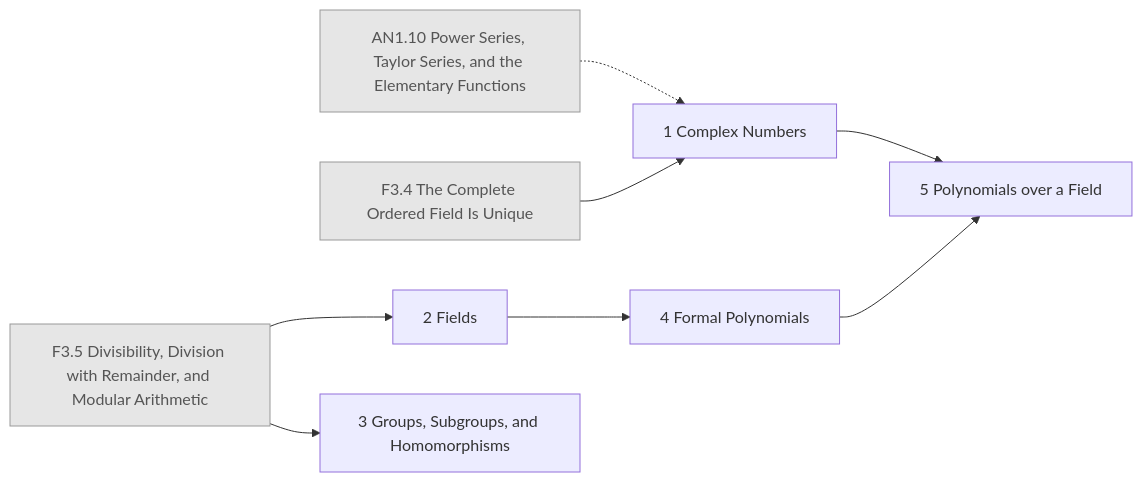
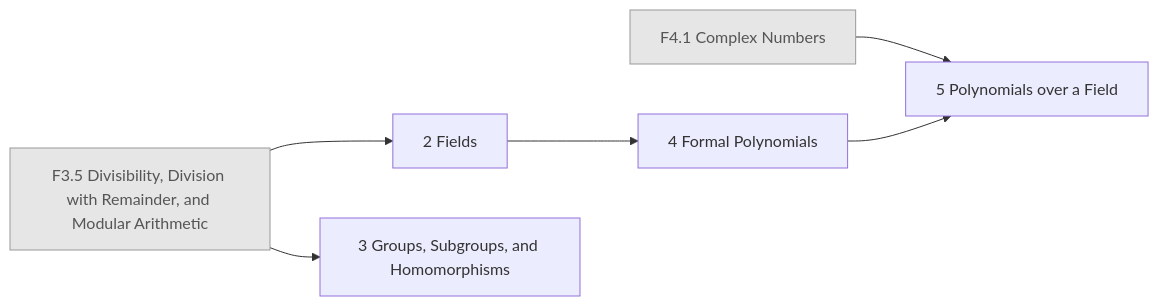
One commit to AkizumiFox/math-atlas changed the sixth of 30 diagrams in generated/README.md. Above: the diagram before and after it, drawn with Mermaid. The commit also changed other lines of this file and 41 other files, not shown here.

````diff
--- a/generated/README.md
+++ b/generated/README.md
@@ -144,21 +175,17 @@
 ```mermaid
 flowchart LR
-  AN1_10["AN1.10 Power Series, Taylor Series, and the Elementary Functions"]:::ext
   F3_5["F3.5 Divisibility, Division with Remainder, and Modular Arithmetic"]:::ext
-  F3_4["F3.4 The Complete Ordered Field Is Unique"]:::ext
-  F4_1["1 Complex Numbers"]
-  F4_2["2 Fields"]
-  F4_3["3 Groups, Subgroups, and Homomorphisms"]
-  F4_4["4 Formal Polynomials"]
-  F4_5["5 Polynomials over a Field"]
-  AN1_10 -.-> F4_1
-  F3_4 --> F4_1
-  F3_5 --> F4_2
-  F3_5 --> F4_3
-  F4_2 --> F4_4
-  F4_1 --> F4_5
-  F4_4 --> F4_5
+  F4_1["F4.1 Complex Numbers"]:::ext
+  F5_2["2 Fields"]
+  F5_3["3 Groups, Subgroups, and Homomorphisms"]
+  F5_4["4 Formal Polynomials"]
+  F5_5["5 Polynomials over a Field"]
+  F3_5 --> F5_2
+  F3_5 --> F5_3
+  F5_2 --> F5_4
+  F4_1 --> F5_5
+  F5_4 --> F5_5
   classDef ext fill:#e6e6e6,stroke:#999,color:#555
   classDef opt fill:#fff,stroke:#999,stroke-dasharray:4 3,color:#555
   classDef segb fill:#f6f6fb,stroke:#99a,color:#333
 ```
````
